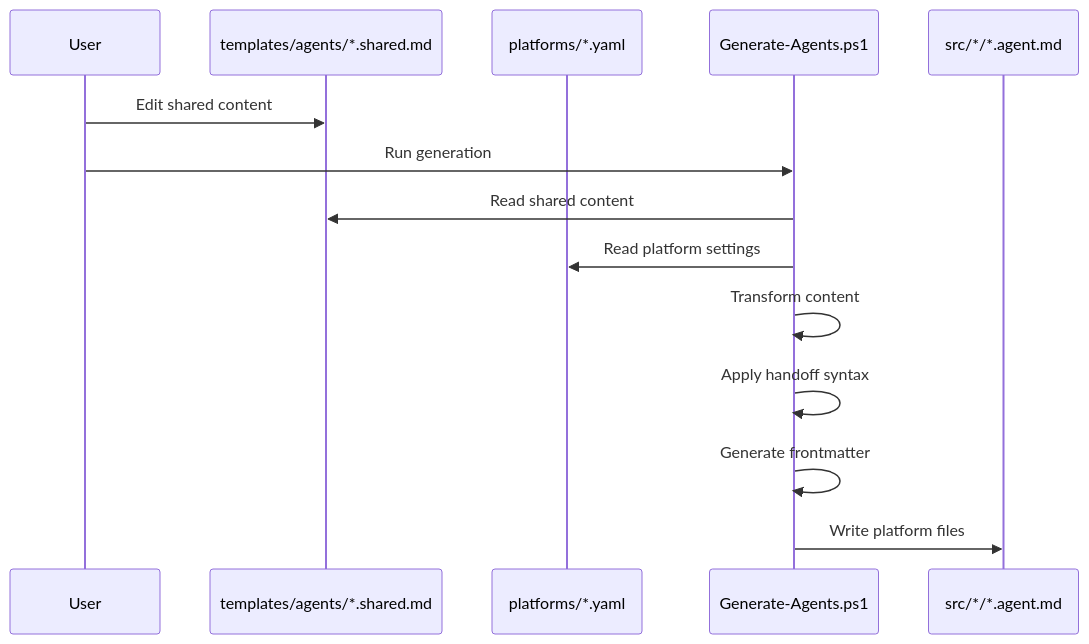
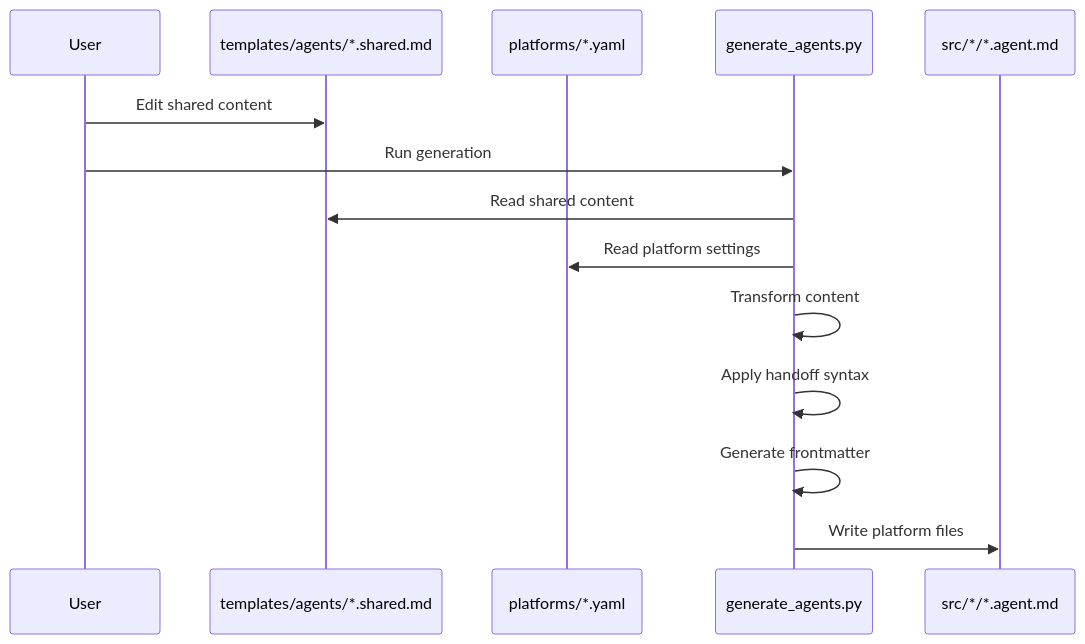
The second of 2 diagrams in templates/AGENTS.md (rjmurillo/ai-agents), drawn with Mermaid before and after one commit. The commit also changed other lines of this file and 13 other files, not shown here.

````diff
--- a/templates/AGENTS.md
+++ b/templates/AGENTS.md
@@ -240,17 +240,17 @@
 ```mermaid
 sequenceDiagram
     participant User
     participant Template as templates/agents/*.shared.md
     participant Config as platforms/*.yaml
-    participant Build as Generate-Agents.ps1
+    participant Build as generate_agents.py
     participant Output as src/*/*.agent.md
 
     User->>Template: Edit shared content
     User->>Build: Run generation
     Build->>Template: Read shared content
     Build->>Config: Read platform settings
     Build->>Build: Transform content
     Build->>Build: Apply handoff syntax
     Build->>Build: Generate frontmatter
     Build->>Output: Write platform files
 ```
````
